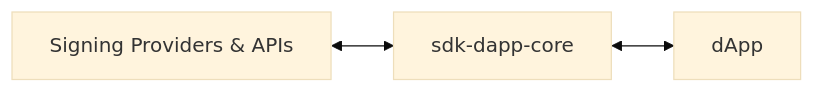
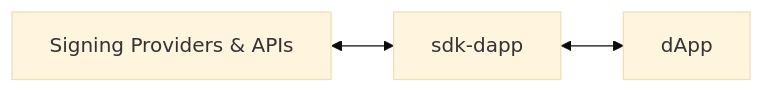
The first of 2 diagrams in docs/sdk-and-tools/sdk-dapp/sdk-dapp.md (multiversx/mx-docs), drawn with Mermaid (base theme) before and after one commit. The commit also changed other lines of this file, not shown here.

````diff
--- a/docs/sdk-and-tools/sdk-dapp/sdk-dapp.md
+++ b/docs/sdk-and-tools/sdk-dapp/sdk-dapp.md
@@ -83,4 +72,4 @@
 ```mermaid
 flowchart LR
-    A["Signing Providers & APIs"] <--> B["sdk-dapp-core"] <--> C["dApp"]
+    A["Signing Providers & APIs"] <--> B["sdk-dapp"] <--> C["dApp"]
 ```
````
